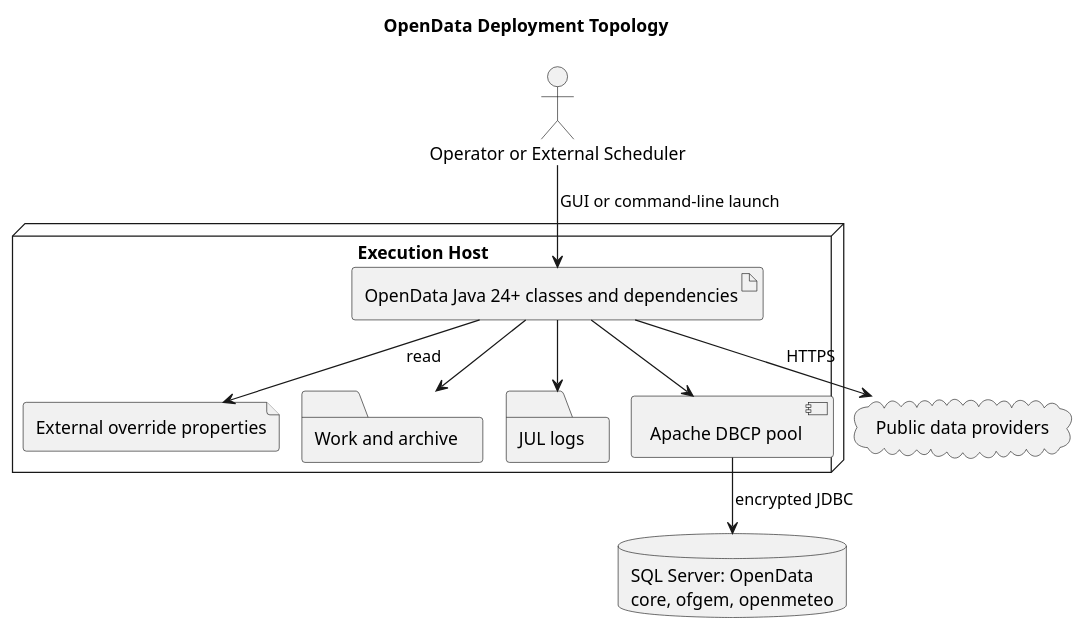
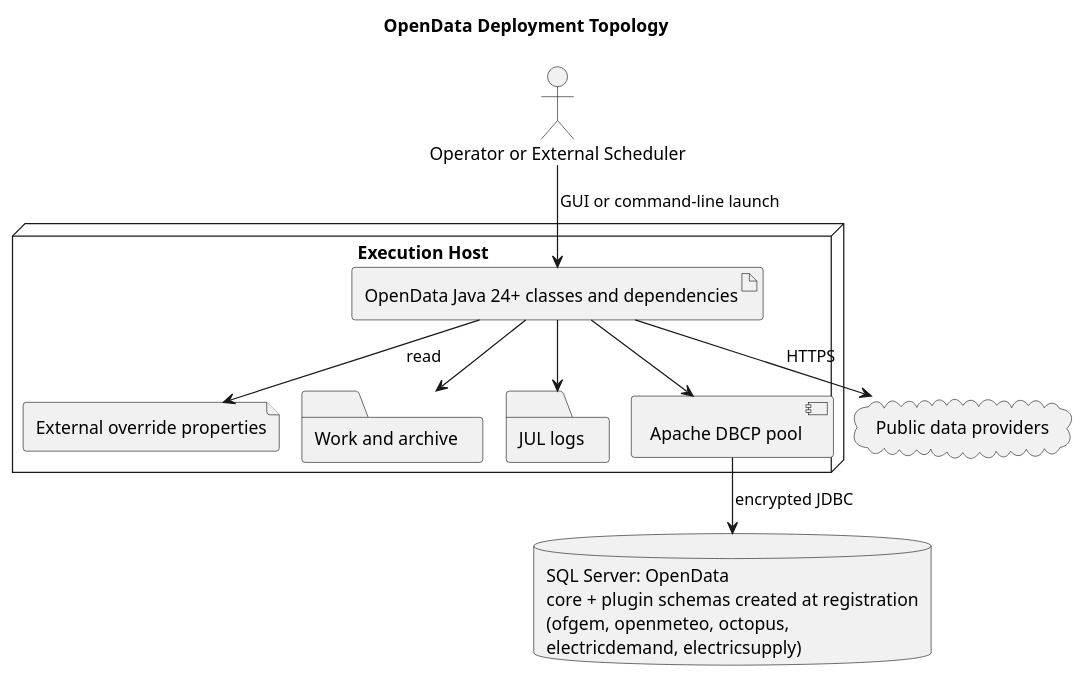
Before and after one commit to TerryCurranZellis/OpenData: the diagram in docs/diagrams/source/sql-server-deployment.puml, drawn with PlantUML. The commit also changed 58 other files, not shown here.

Commit message:
Update documentation and puml diagrams, add generated SVGs

```diff
--- a/docs/diagrams/source/sql-server-deployment.puml
+++ b/docs/diagrams/source/sql-server-deployment.puml
@@ -1,24 +1,24 @@
 @startuml
 !pragma layout smetana
 title OpenData Deployment Topology
 
 actor "Operator or External Scheduler" as Operator
 node "Execution Host" {
   artifact "OpenData Java 24+ classes and dependencies" as Application
   file "External override properties" as Config
   folder "Work and archive" as Files
   folder "JUL logs" as Logs
   component "Apache DBCP pool" as Pool
 }
 
 cloud "Public data providers" as Providers
-database "SQL Server: OpenData\ncore, ofgem, openmeteo" as Database
+database "SQL Server: OpenData\ncore + plugin schemas created at registration\n(ofgem, openmeteo, octopus,\nelectricdemand, electricsupply)" as Database
 
 Operator --> Application : GUI or command-line launch
 Application --> Config : read
 Application --> Files
 Application --> Logs
 Application --> Providers : HTTPS
 Application --> Pool
 Pool --> Database : encrypted JDBC
 @enduml
```
